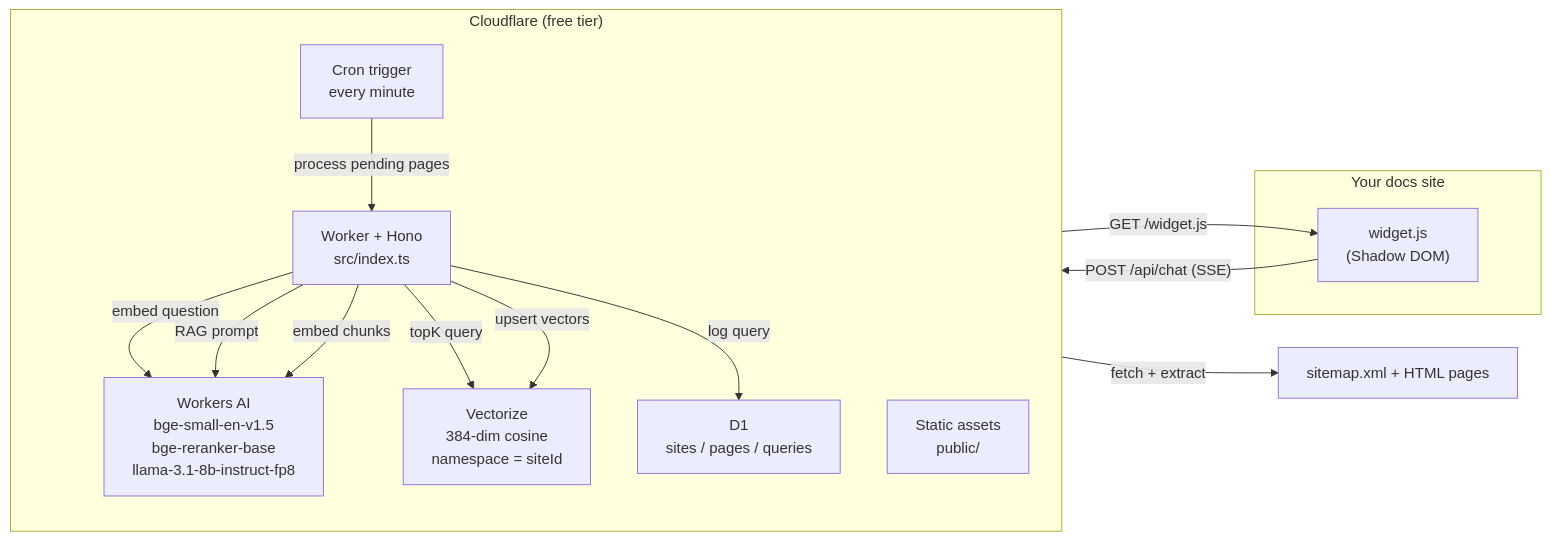
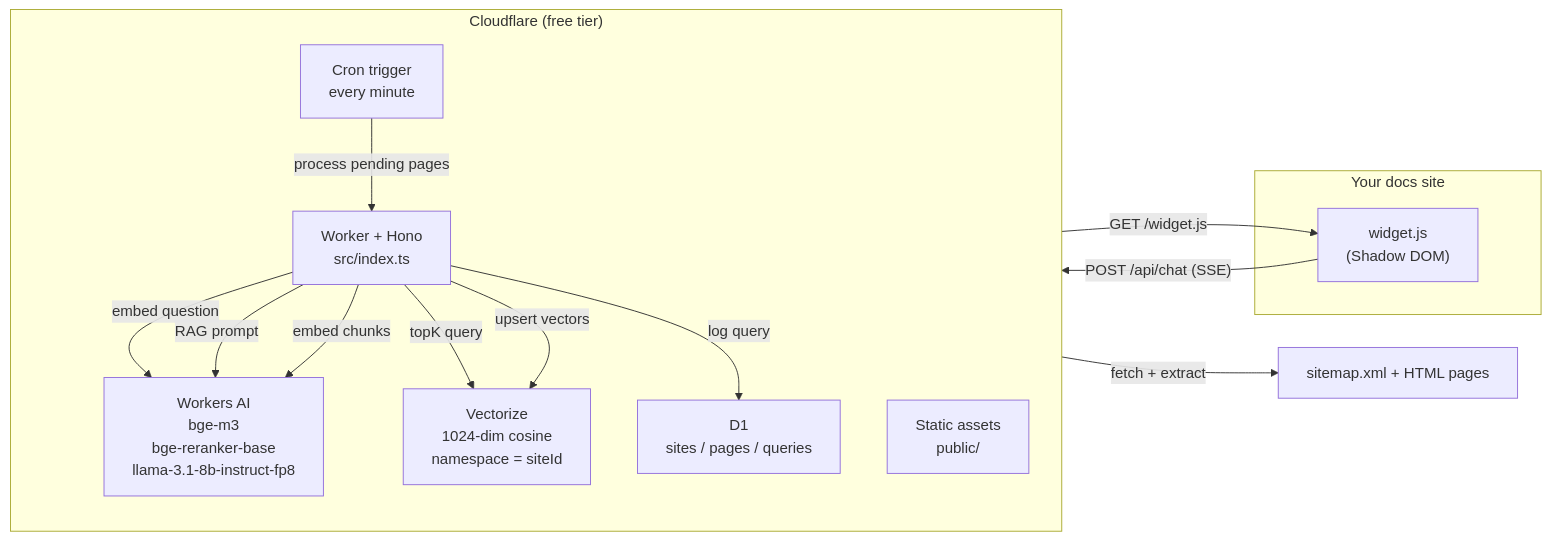
Before and after one commit to zqf20096327/ai_collect: the diagram in data/readmes/p10node__docflare-ai.md, drawn with Mermaid. The commit also changed other lines of this file and 3267 other files, not shown here.

````diff
--- a/data/readmes/p10node__docflare-ai.md
+++ b/data/readmes/p10node__docflare-ai.md
@@ -58,29 +59,29 @@
 ```mermaid
 flowchart LR
     subgraph Host["Your docs site"]
         W["widget.js<br/>(Shadow DOM)"]
     end
 
     subgraph CF["Cloudflare (free tier)"]
         direction TB
         API["Worker + Hono<br/>src/index.ts"]
-        AI["Workers AI<br/>bge-small-en-v1.5<br/>bge-reranker-base<br/>llama-3.1-8b-instruct-fp8"]
-        VX["Vectorize<br/>384-dim cosine<br/>namespace = siteId"]
+        AI["Workers AI<br/>bge-m3<br/>bge-reranker-base<br/>llama-3.1-8b-instruct-fp8"]
+        VX["Vectorize<br/>1024-dim cosine<br/>namespace = siteId"]
         D1["D1<br/>sites / pages / queries"]
         CRON["Cron trigger<br/>every minute"]
         ASSETS["Static assets<br/>public/"]
     end
 
     SM["sitemap.xml + HTML pages"]
 
     W -- "POST /api/chat (SSE)" --> API
     ASSETS -- "GET /widget.js" --> W
     API -- "embed question" --> AI
     API -- "topK query" --> VX
     API -- "RAG prompt" --> AI
     API -- "log query" --> D1
     CRON -- "process pending pages" --> API
     API -- "fetch + extract" --> SM
     API -- "embed chunks" --> AI
     API -- "upsert vectors" --> VX
 ```
````
